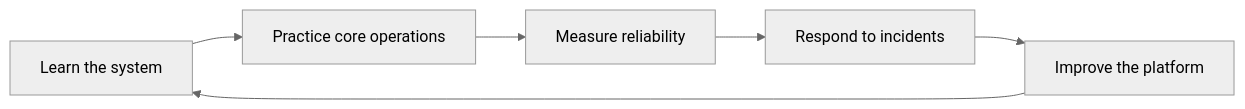
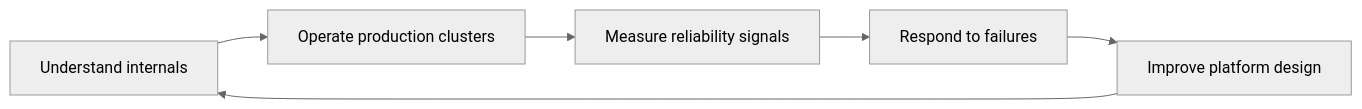
The diagram in docs/index.md (sssamant21/sre-academy), drawn with Mermaid (neutral theme) before and after one commit. The commit also changed other lines of this file, not shown here.

````diff
--- a/docs/index.md
+++ b/docs/index.md
@@ -37,8 +52,8 @@
 ```mermaid
 graph LR
-    Learn[Learn the system] --> Practice[Practice core operations]
-    Practice --> Observe[Measure reliability]
-    Observe --> Respond[Respond to incidents]
-    Respond --> Improve[Improve the platform]
+    Learn[Understand internals] --> Operate[Operate production clusters]
+    Operate --> Observe[Measure reliability signals]
+    Observe --> Respond[Respond to failures]
+    Respond --> Improve[Improve platform design]
     Improve --> Learn
 ```
````
